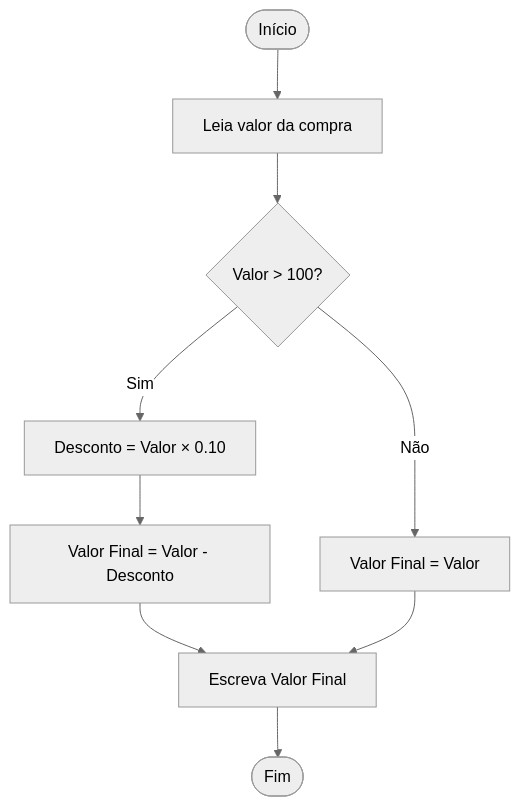
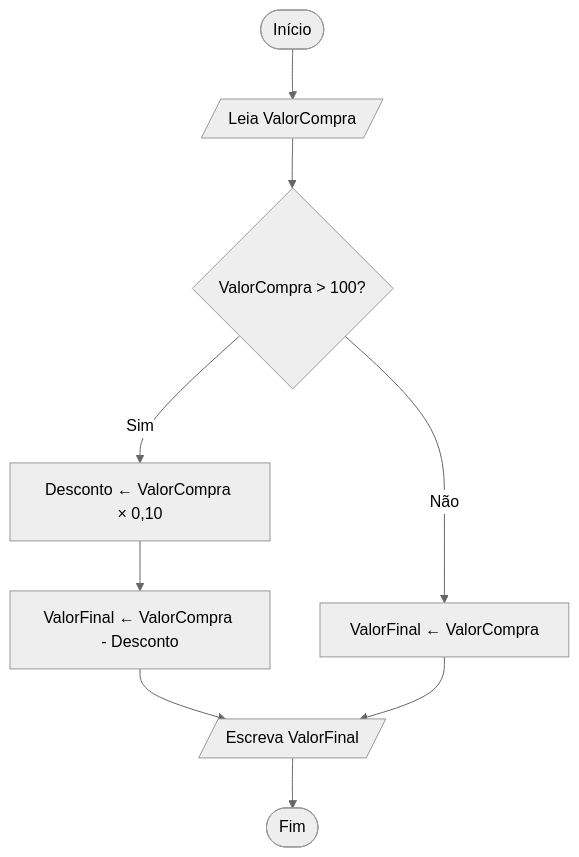
One commit to GabrielN-Dev/jornadadev changed the diagram in _testes/teste.md. Above: the diagram before and after it, drawn with Mermaid (neutral theme).

Commit message:
teste-v5

````diff
--- a/_testes/teste.md
+++ b/_testes/teste.md
@@ -1,11 +1,15 @@
 ```mermaid
 graph TD
-    A([Início]) --> B[Leia valor da compra]
-    B --> C{Valor > 100?}
-    C -- Sim --> D[Desconto = Valor × 0.10]
-    D --> E[Valor Final = Valor - Desconto]
-    C -- Não --> F[Valor Final = Valor]
-    E --> G[Escreva Valor Final]
+    A([Início]) --> B[/Leia ValorCompra/]
+    B --> C{ValorCompra > 100?}
+
+    C -- Sim --> D[Desconto ← ValorCompra × 0,10]
+    D --> E[ValorFinal ← ValorCompra - Desconto]
+
+    C -- Não --> F[ValorFinal ← ValorCompra]
+
+    E --> G[/Escreva ValorFinal/]
     F --> G
+
     G --> H([Fim])
 ```
````
